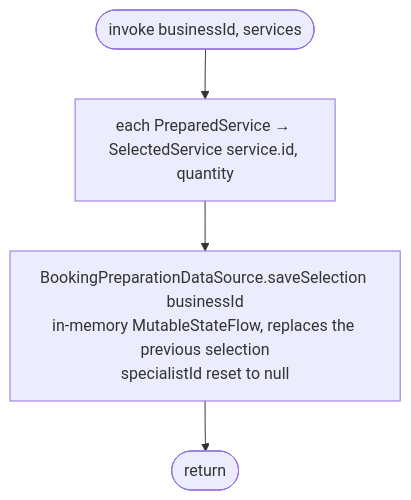
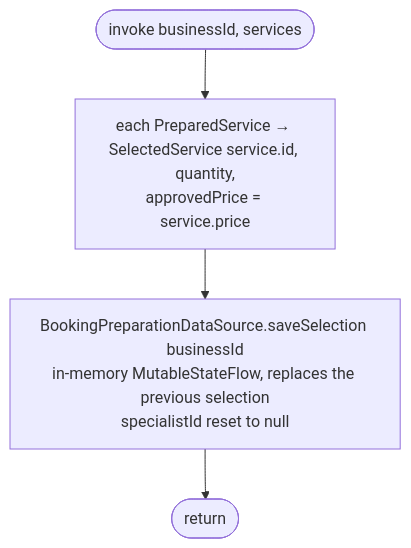
The diagram in docs/operations/booking/set-booking-services.md (nocturneproperties/bookkme-client), drawn with Mermaid before and after one commit. The commit also changed other lines of this file and 88 other files, not shown here.

````diff
--- a/docs/operations/booking/set-booking-services.md
+++ b/docs/operations/booking/set-booking-services.md
@@ -14,6 +15,6 @@
 ```mermaid
 flowchart TD
-    Start([invoke businessId, services]) --> Map[each PreparedService → SelectedService service.id, quantity]
+    Start([invoke businessId, services]) --> Map[each PreparedService → SelectedService service.id, quantity,<br/>approvedPrice = service.price]
     Map --> Save[BookingPreparationDataSource.saveSelection businessId<br/>in-memory MutableStateFlow, replaces the previous selection<br/>specialistId reset to null]
     Save --> Done([return])
 ```
````
